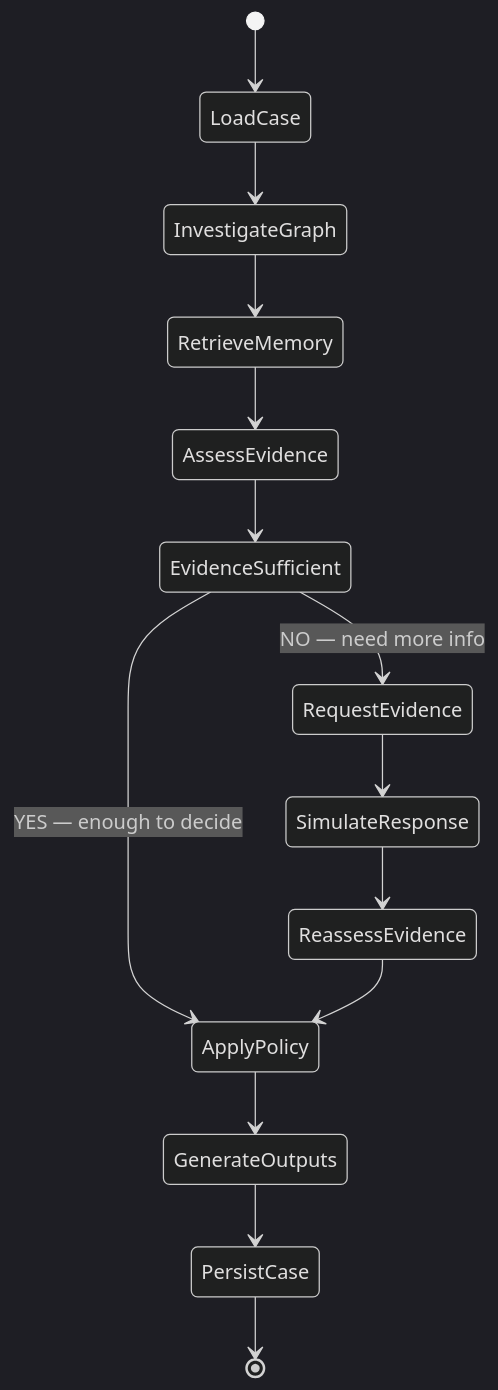
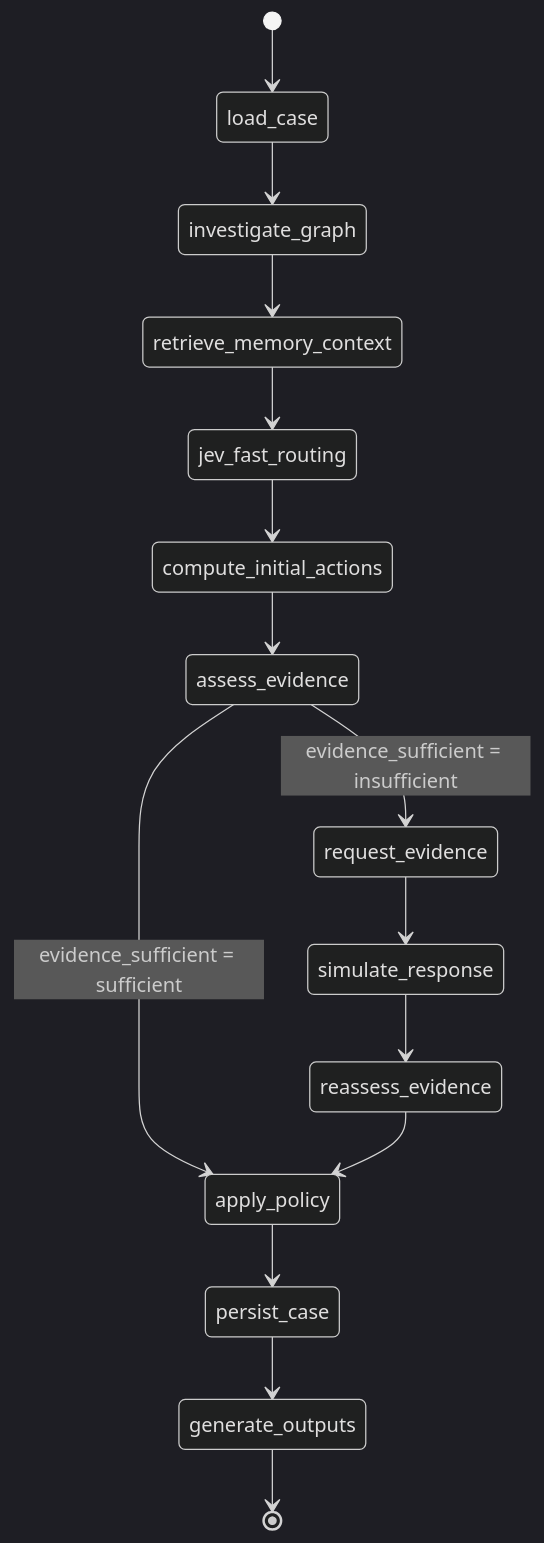
The diagram in docs/Agent-Workflow.md (yogimait/FraudLens-TigerGraph), drawn with Mermaid (dark theme) before and after one commit. The commit also changed other lines of this file and 82 other files, not shown here.

````diff
--- a/docs/Agent-Workflow.md
+++ b/docs/Agent-Workflow.md
@@ -9,19 +11,17 @@
 ```mermaid
 stateDiagram-v2
-    [*] --> LoadCase
-    LoadCase --> InvestigateGraph
-    InvestigateGraph --> RetrieveMemory
-    RetrieveMemory --> AssessEvidence
-    AssessEvidence --> EvidenceSufficient
-
-    EvidenceSufficient --> RequestEvidence: NO — need more info
-    EvidenceSufficient --> ApplyPolicy: YES — enough to decide
-
-    RequestEvidence --> SimulateResponse
-    SimulateResponse --> ReassessEvidence
-    ReassessEvidence --> ApplyPolicy
-
-    ApplyPolicy --> GenerateOutputs
-    GenerateOutputs --> PersistCase
-    PersistCase --> [*]
+    [*] --> load_case
+    load_case --> investigate_graph
+    investigate_graph --> retrieve_memory_context
+    retrieve_memory_context --> jev_fast_routing
+    jev_fast_routing --> compute_initial_actions
+    compute_initial_actions --> assess_evidence
+    assess_evidence --> request_evidence: evidence_sufficient = insufficient
+    assess_evidence --> apply_policy: evidence_sufficient = sufficient
+    request_evidence --> simulate_response
+    simulate_response --> reassess_evidence
+    reassess_evidence --> apply_policy
+    apply_policy --> persist_case
+    persist_case --> generate_outputs
+    generate_outputs --> [*]
 ```
````
